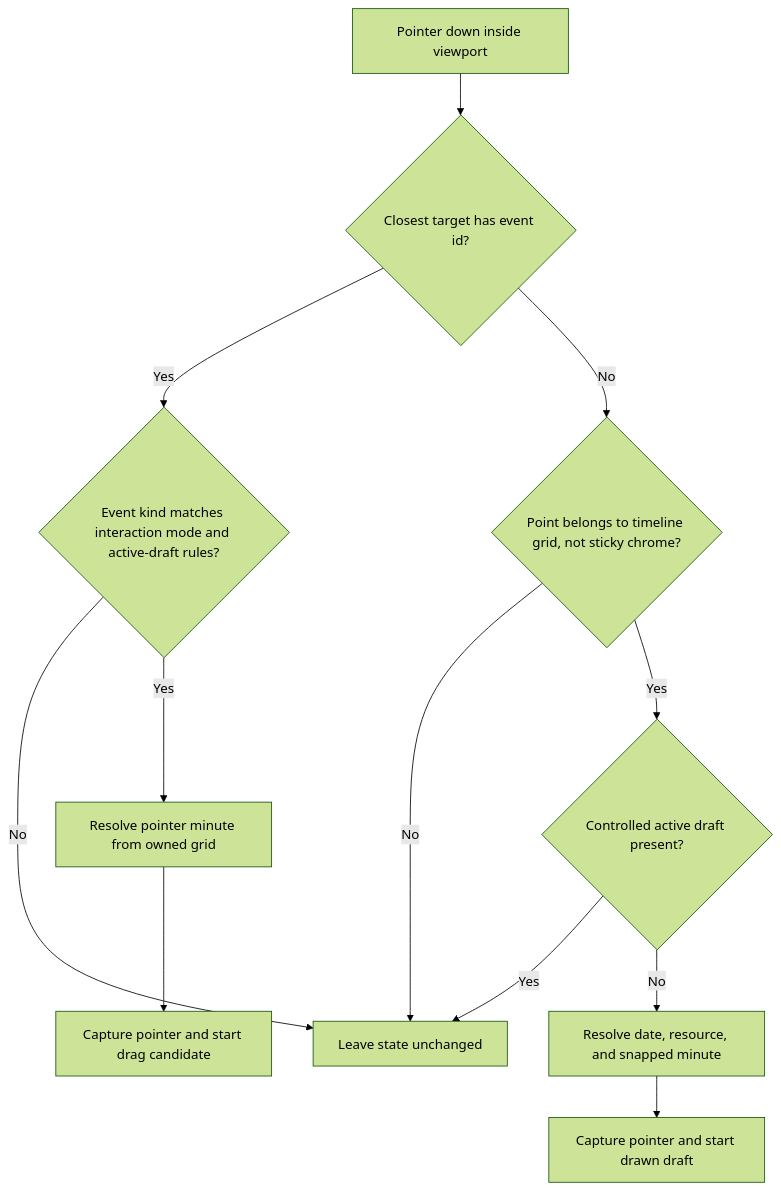
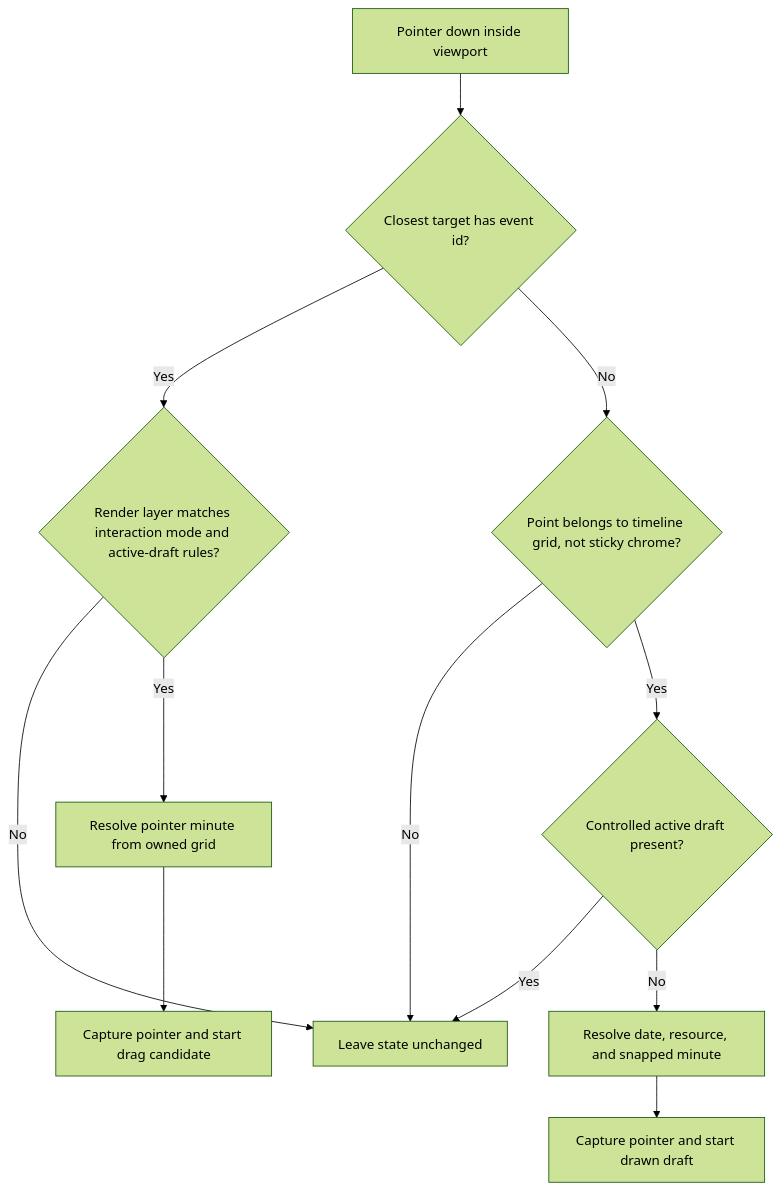
Before and after one commit to junomedical/quno-calendar: the first of 9 diagrams in docs/infinite-calendar/flows/interactions-and-zoom.md, drawn with Mermaid (forest theme). The commit also changed other lines of this file and 42 other files, not shown here.

````diff
--- a/docs/infinite-calendar/flows/interactions-and-zoom.md
+++ b/docs/infinite-calendar/flows/interactions-and-zoom.md
@@ -7,14 +7,14 @@
 ```mermaid
 flowchart TD
   Down["Pointer down inside viewport"] --> Event{"Closest target has event id?"}
-  Event -->|Yes| Eligibility{"Event kind matches interaction mode and active-draft rules?"}
+  Event -->|Yes| Eligibility{"Render layer matches interaction mode and active-draft rules?"}
   Eligibility -->|No| Ignore["Leave state unchanged"]
   Eligibility -->|Yes| EventHit["Resolve pointer minute from owned grid"]
   EventHit --> CaptureEvent["Capture pointer and start drag candidate"]
   Event -->|No| Grid{"Point belongs to timeline grid, not sticky chrome?"}
   Grid -->|No| Ignore
   Grid -->|Yes| DraftBlocked{"Controlled active draft present?"}
   DraftBlocked -->|Yes| Ignore
   DraftBlocked -->|No| EmptyHit["Resolve date, resource, and snapped minute"]
   EmptyHit --> CaptureGrid["Capture pointer and start drawn draft"]
 ```
````
